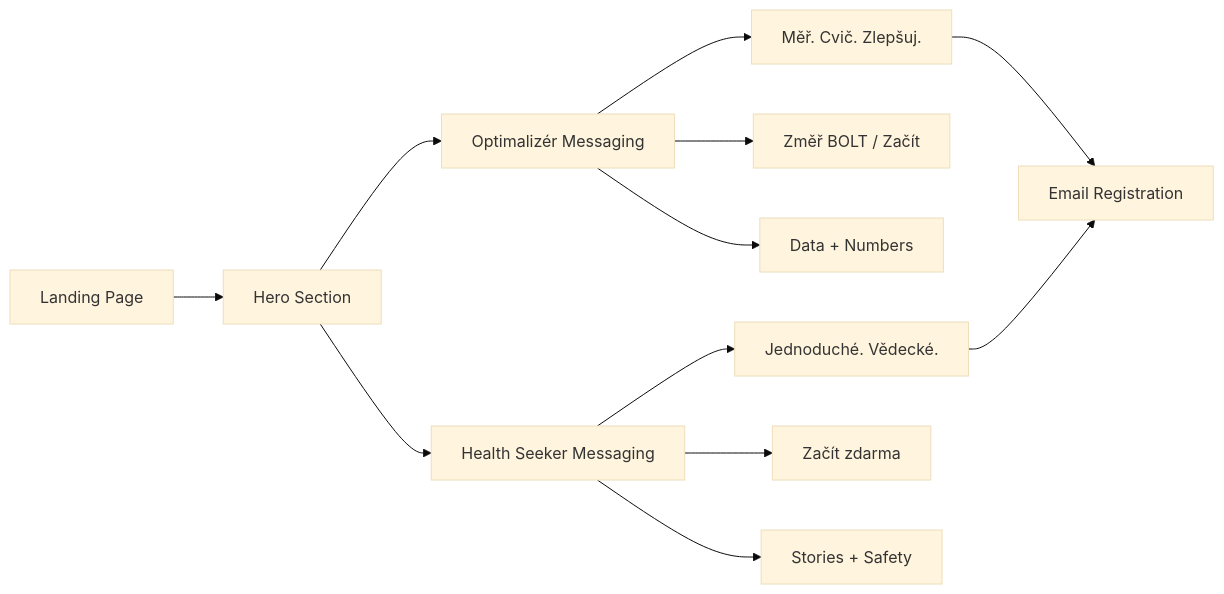
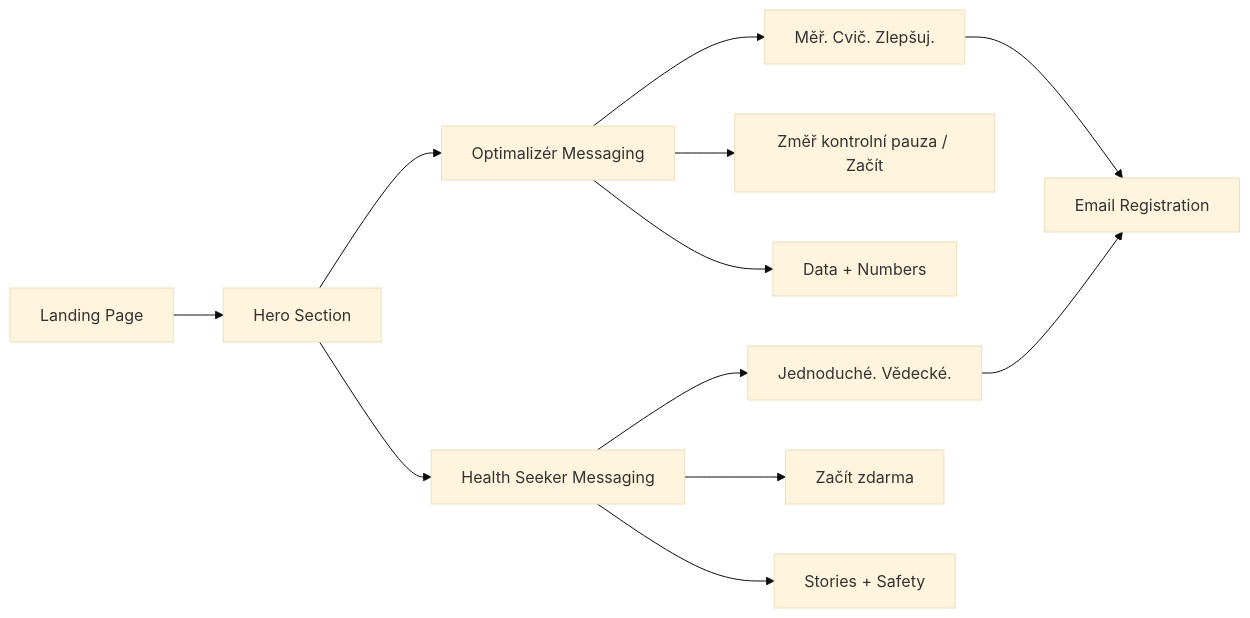
One commit to Masterofbreath/dechbar-app changed the diagram in docs/product/PERSONAS.md. Above: the diagram before and after it, drawn with Mermaid (base theme). The commit also changed other lines of this file and 8 other files, not shown here.

````diff
--- a/docs/product/PERSONAS.md
+++ b/docs/product/PERSONAS.md
@@ -638,17 +638,17 @@
 ```mermaid
 graph LR
     Landing[Landing Page] --> Hero[Hero Section]
     Hero --> Opt[Optimalizér Messaging]
     Hero --> Seek[Health Seeker Messaging]
     
     Opt --> OptHead["Měř. Cvič. Zlepšuj."]
-    Opt --> OptCTA["Změř BOLT / Začít"]
+    Opt --> OptCTA["Změř kontrolní pauza / Začít"]
     Opt --> OptProof[Data + Numbers]
     
     Seek --> SeekHead["Jednoduché. Vědecké."]
     Seek --> SeekCTA["Začít zdarma"]
     Seek --> SeekProof[Stories + Safety]
     
     OptHead --> Conversion[Email Registration]
     SeekHead --> Conversion
 ```
````
